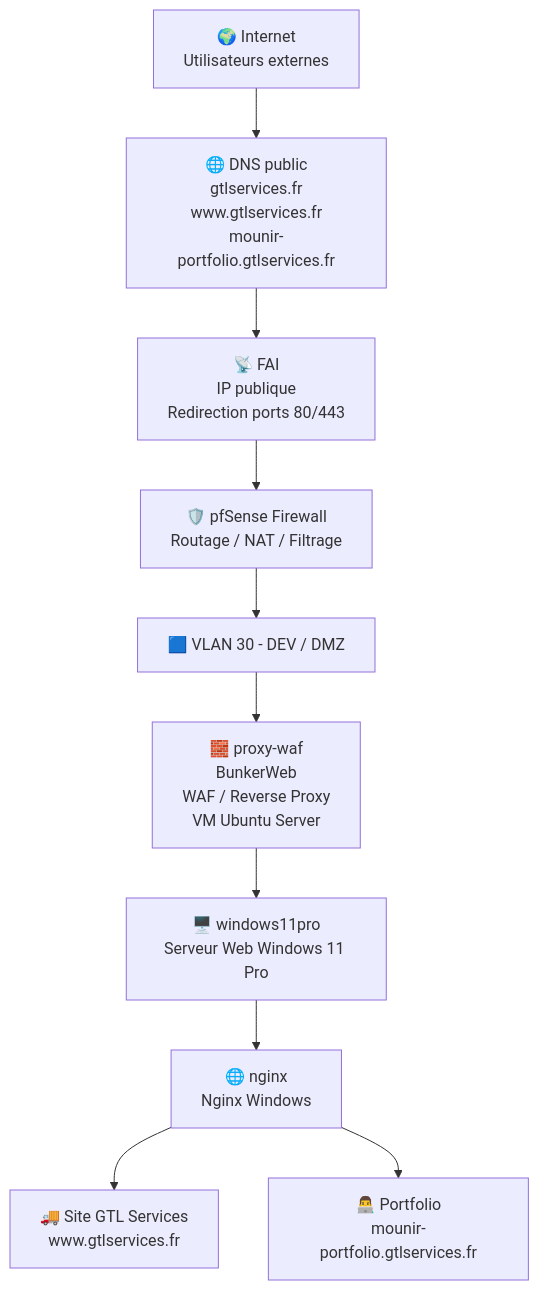
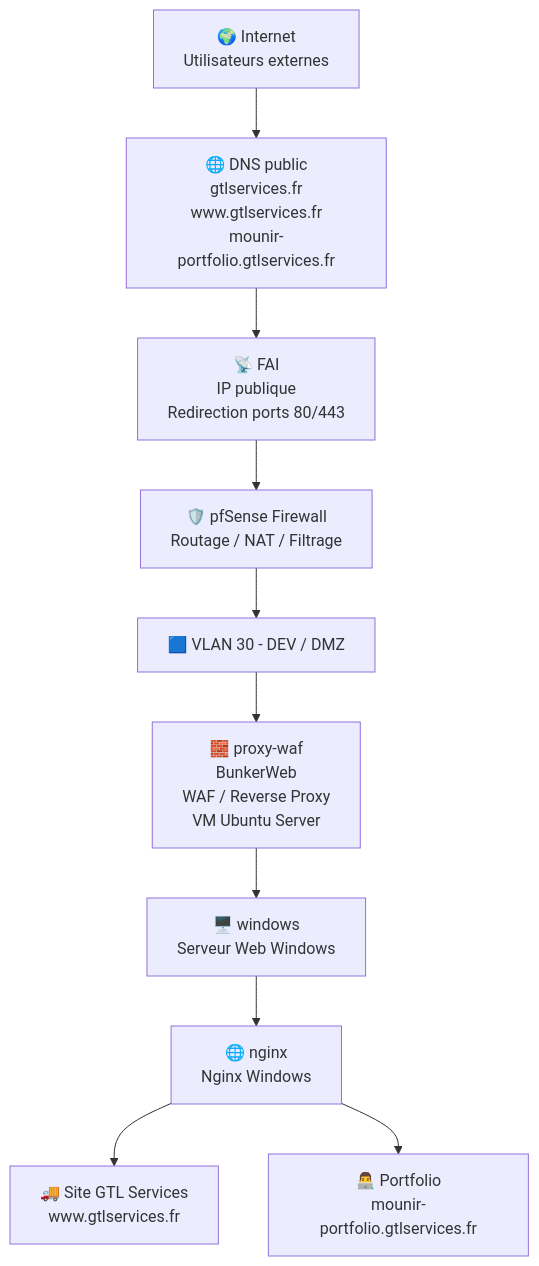
Before and after one commit to Mounir78190/DMZ_WEB: the diagram in README.md, drawn with Mermaid. The commit also changed other lines of this file, not shown here.

Commit message:
Update README badges and server descriptions

````diff
--- a/README.md
+++ b/README.md
@@ -23,30 +23,30 @@
 ```mermaid
 flowchart TD
 
     Internet["🌍 Internet<br/>Utilisateurs externes"]
     DNS["🌐 DNS public<br/>gtlservices.fr<br/>www.gtlservices.fr<br/>mounir-portfolio.gtlservices.fr"]
     FAI["📡 FAI<br/>IP publique<br/>Redirection ports 80/443"]
     PFSENSE["🛡️ pfSense Firewall<br/>Routage / NAT / Filtrage"]
     
     VLAN30["🟦 VLAN 30 - DEV / DMZ"]
     
     BW["🧱 proxy-waf<br/>BunkerWeb<br/>WAF / Reverse Proxy<br/>VM Ubuntu Server"]
     
-    WIN["🖥️ windows11pro<br/>Serveur Web Windows 11 Pro"]
+    WIN["🖥️ windows<br/>Serveur Web Windows"]
     
     NGINX["🌐 nginx<br/>Nginx Windows"]
        
     GTL["🚚 Site GTL Services<br/>www.gtlservices.fr"]
     PORTFOLIO["👨‍💻 Portfolio<br/>mounir-portfolio.gtlservices.fr"]
 
     Internet --> DNS
     DNS --> FAI
     FAI --> PFSENSE
     PFSENSE --> VLAN30
     VLAN30 --> BW
     BW --> WIN
     WIN --> NGINX
     NGINX --> GTL
     NGINX --> PORTFOLIO
 
 ```
````
